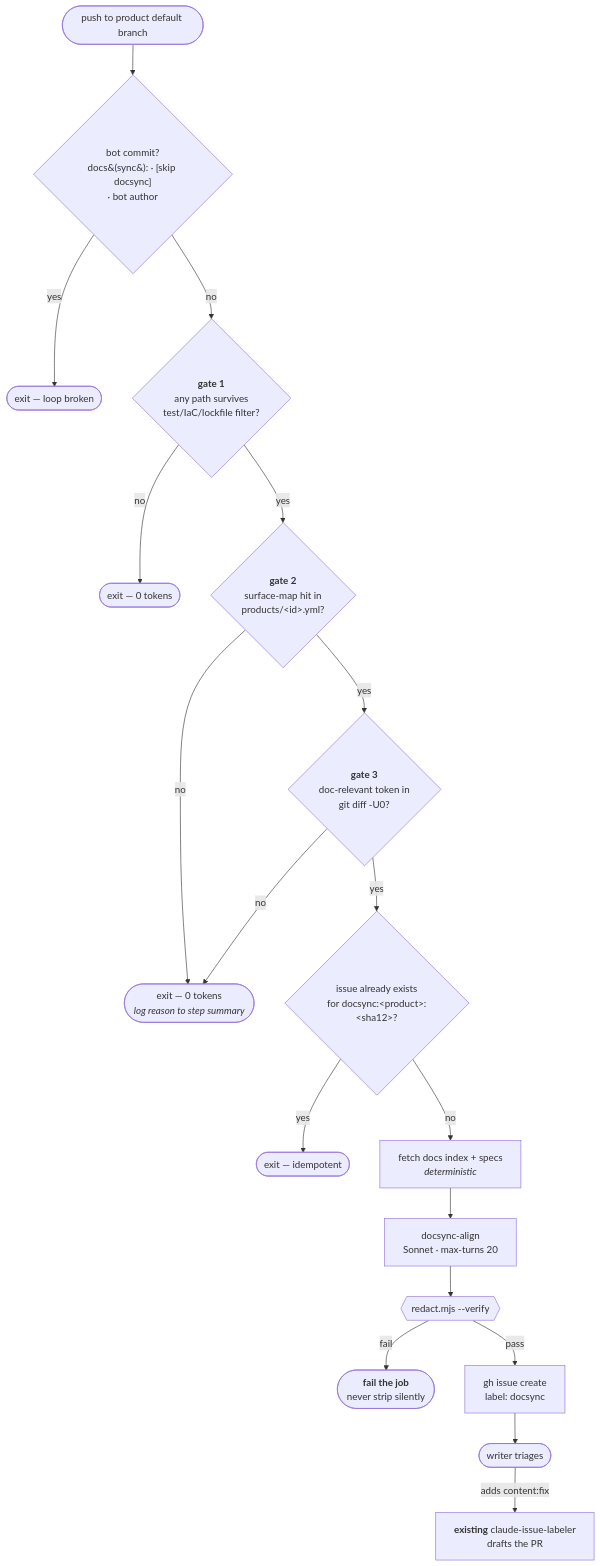
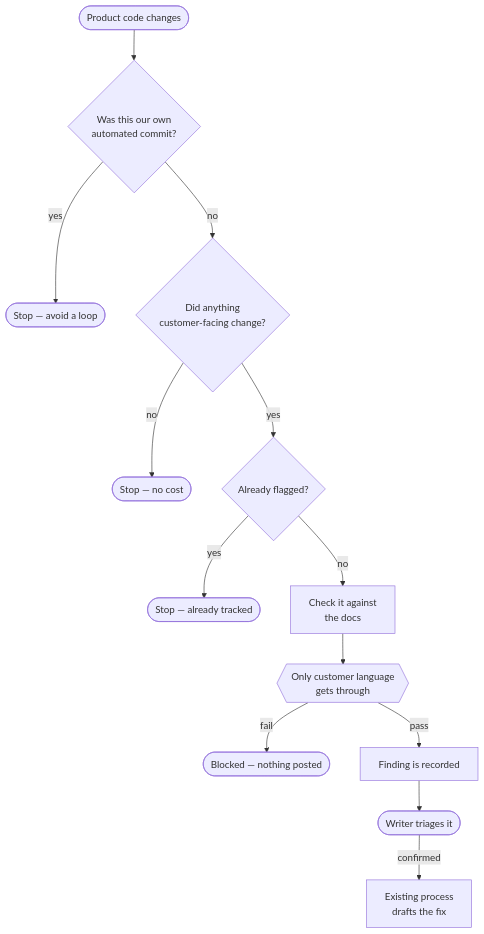
Before and after one commit to netwrix/docs: the sixth of 7 diagrams in docsync/xchange-article.md, drawn with Mermaid. The commit also changed other lines of this file, not shown here.

First line of the commit message:
Simplify the docsync article to focus on concepts, not tooling

````diff
--- a/docsync/xchange-article.md
+++ b/docsync/xchange-article.md
@@ -283,20 +264,15 @@
 ```mermaid
 flowchart TB
-  PUSH(["push to product default branch"]) --> LOOP{"bot commit?<br/>docs&#40;sync&#41;: · [skip docsync]<br/>· bot author"}
-  LOOP -- yes --> STOP1(["exit — loop broken"])
-  LOOP -- no --> G1{"<b>gate 1</b><br/>any path survives<br/>test/IaC/lockfile filter?"}
-  G1 -- no --> STOP2(["exit — 0 tokens"])
-  G1 -- yes --> G2{"<b>gate 2</b><br/>surface-map hit in<br/>products/&lt;id&gt;.yml?"}
-  G2 -- no --> STOP3(["exit — 0 tokens<br/><i>log reason to step summary</i>"])
-  G2 -- yes --> G3{"<b>gate 3</b><br/>doc-relevant token in<br/>git diff -U0?"}
-  G3 -- no --> STOP3
-  G3 -- yes --> DEDUPE{"issue already exists<br/>for docsync:&lt;product&gt;:&lt;sha12&gt;?"}
-  DEDUPE -- yes --> STOP4(["exit — idempotent"])
-  DEDUPE -- no --> FETCH["fetch docs index + specs<br/><i>deterministic</i>"]
-  FETCH --> ALIGN["docsync-align<br/>Sonnet · max-turns 20"]
-  ALIGN --> RED{{"redact.mjs --verify"}}
-  RED -- fail --> FAILJOB(["<b>fail the job</b><br/>never strip silently"])
-  RED -- pass --> ISSUE["gh issue create<br/>label: docsync"]
-  ISSUE --> HUMAN(["writer triages"])
-  HUMAN -- "adds content:fix" --> EXISTING["<b>existing</b> claude-issue-labeler<br/>drafts the PR"]
+  PUSH(["Product code changes"]) --> LOOP{"Was this our own<br/>automated commit?"}
+  LOOP -- yes --> STOP1(["Stop — avoid a loop"])
+  LOOP -- no --> G1{"Did anything<br/>customer-facing change?"}
+  G1 -- no --> STOP2(["Stop — no cost"])
+  G1 -- yes --> DEDUPE{"Already flagged?"}
+  DEDUPE -- yes --> STOP3(["Stop — already tracked"])
+  DEDUPE -- no --> ALIGN["Check it against<br/>the docs"]
+  ALIGN --> RED{{"Only customer language<br/>gets through"}}
+  RED -- fail --> FAILJOB(["Blocked — nothing posted"])
+  RED -- pass --> ISSUE["Finding is recorded"]
+  ISSUE --> HUMAN(["Writer triages it"])
+  HUMAN -- "confirmed" --> EXISTING["Existing process<br/>drafts the fix"]
 ```
````
